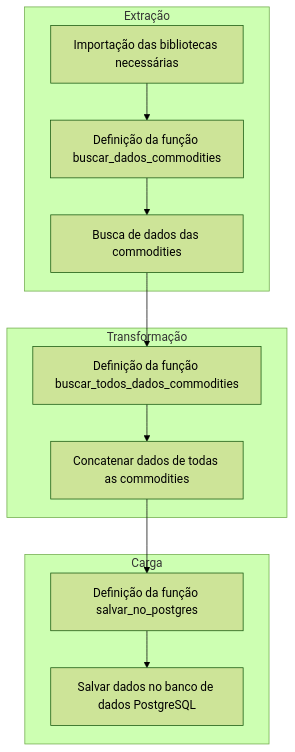
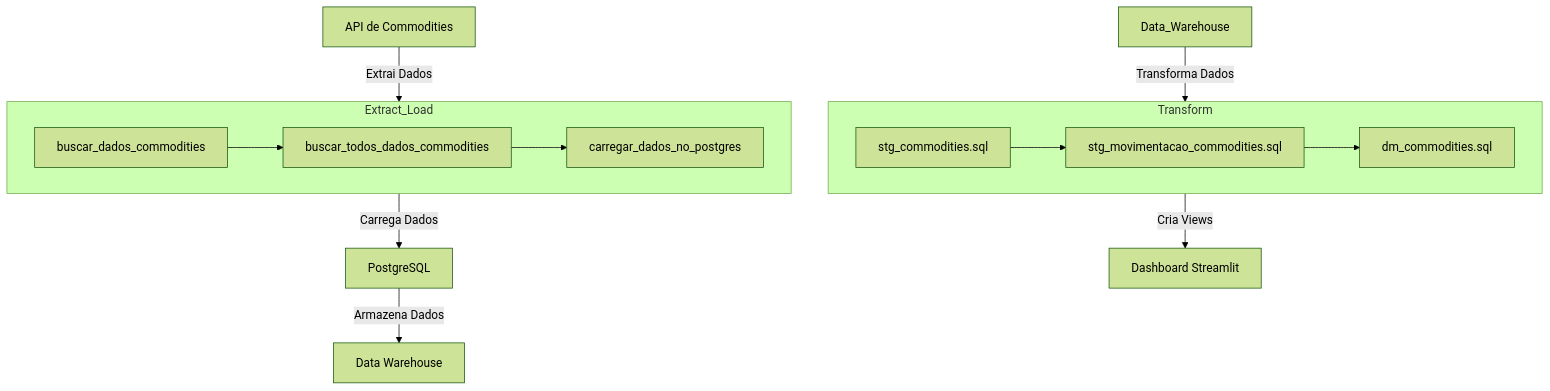
Before and after one commit to Oseiasdfarias/projeto_datawarehouse_do_zero: the diagram in README.md, drawn with Mermaid (forest theme).

Commit message:
docs: create project docs

````diff
--- a/README.md
+++ b/README.md
@@ -22,18 +22,19 @@
 ```mermaid
 graph TD;
-    subgraph Extração
-        A[Importação das bibliotecas necessárias] --> B[Definição da função buscar_dados_commodities]
-        B --> E[Busca de dados das commodities]
+    subgraph Extract_Load
+        A1[buscar_dados_commodities] --> B1[buscar_todos_dados_commodities]
+        B1 --> C1[carregar_dados_no_postgres]
     end
 
-    subgraph Transformação
-        E --> C[Definição da função buscar_todos_dados_commodities]
-        C --> F[Concatenar dados de todas as commodities]
+    subgraph Transform
+        D1[stg_commodities.sql] --> E1[stg_movimentacao_commodities.sql]
+        E1 --> F1[dm_commodities.sql]
     end
 
-    subgraph Carga
-        F --> D[Definição da função salvar_no_postgres]
-        D --> G[Salvar dados no banco de dados PostgreSQL]
-    end
+    A[API de Commodities] -->|Extrai Dados| Extract_Load
+    Extract_Load -->|Carrega Dados| C[PostgreSQL]
+    C -->|Armazena Dados| D[Data Warehouse]
+    Data_Warehouse -->|Transforma Dados| Transform
+    Transform -->|Cria Views| F[Dashboard Streamlit]
 
 ```
````
